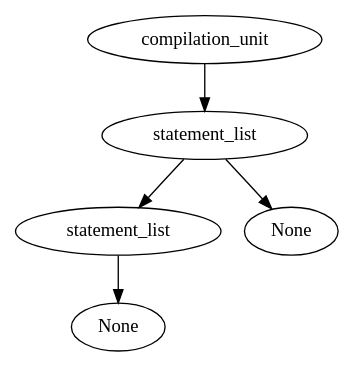
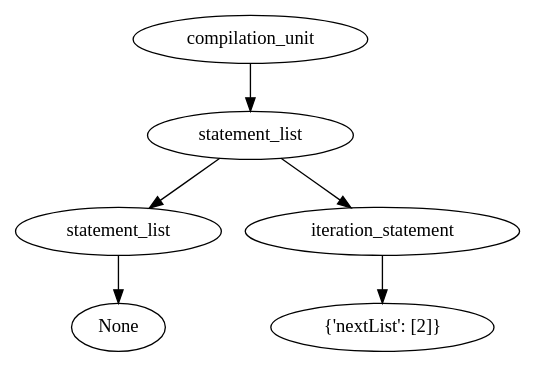
Before and after one commit to apeeyush/compiler: the diagram in test.dot, drawn with Graphviz. The commit also changed 3 other files, not shown here.

```diff
--- a/test.dot
+++ b/test.dot
@@ -1,11 +1,13 @@
 digraph G{
 id0[label="compilation_unit"];
 id1[label="statement_list"];
 id2[label="statement_list"];
 id3[label="None"];
 id2->id3;
-id4[label="None"];
+id4[label="iteration_statement"];
+id5[label="{'nextList': [2]}"];
+id4->id5;
 id1->id2;
 id1->id4;
 id0->id1;
 }
```
